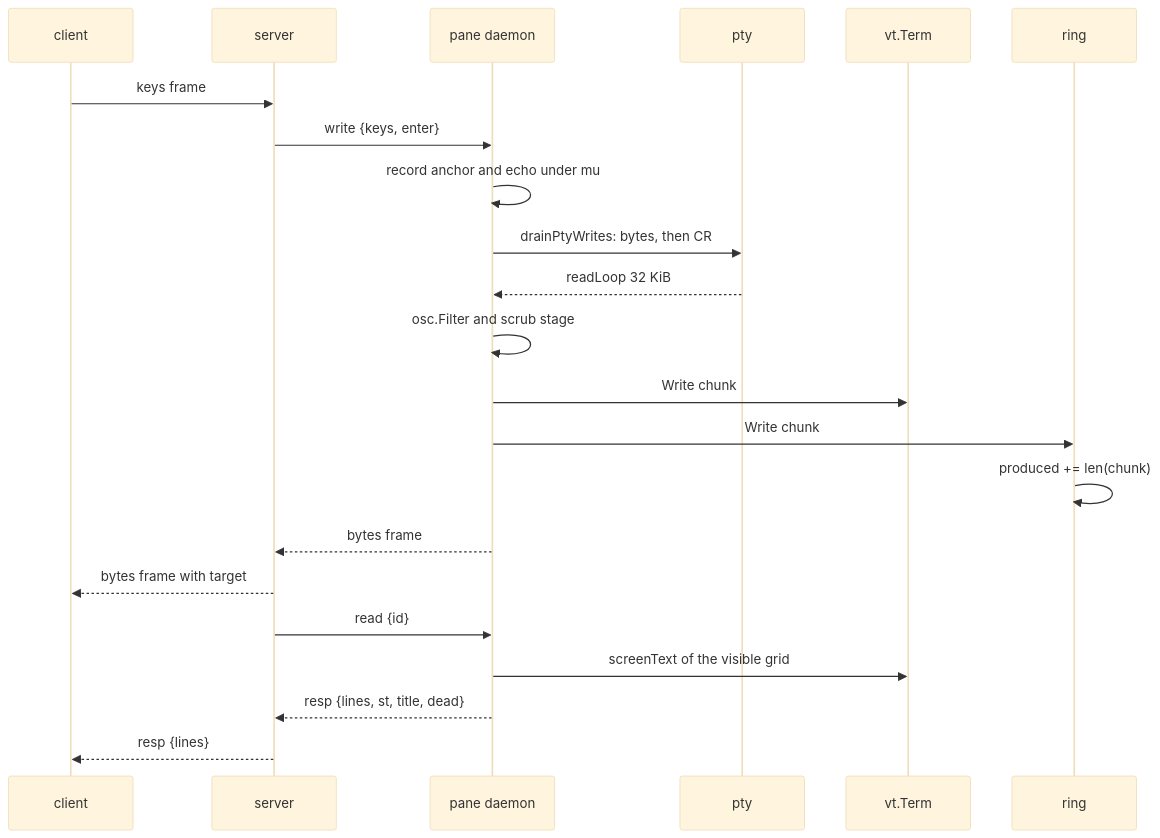
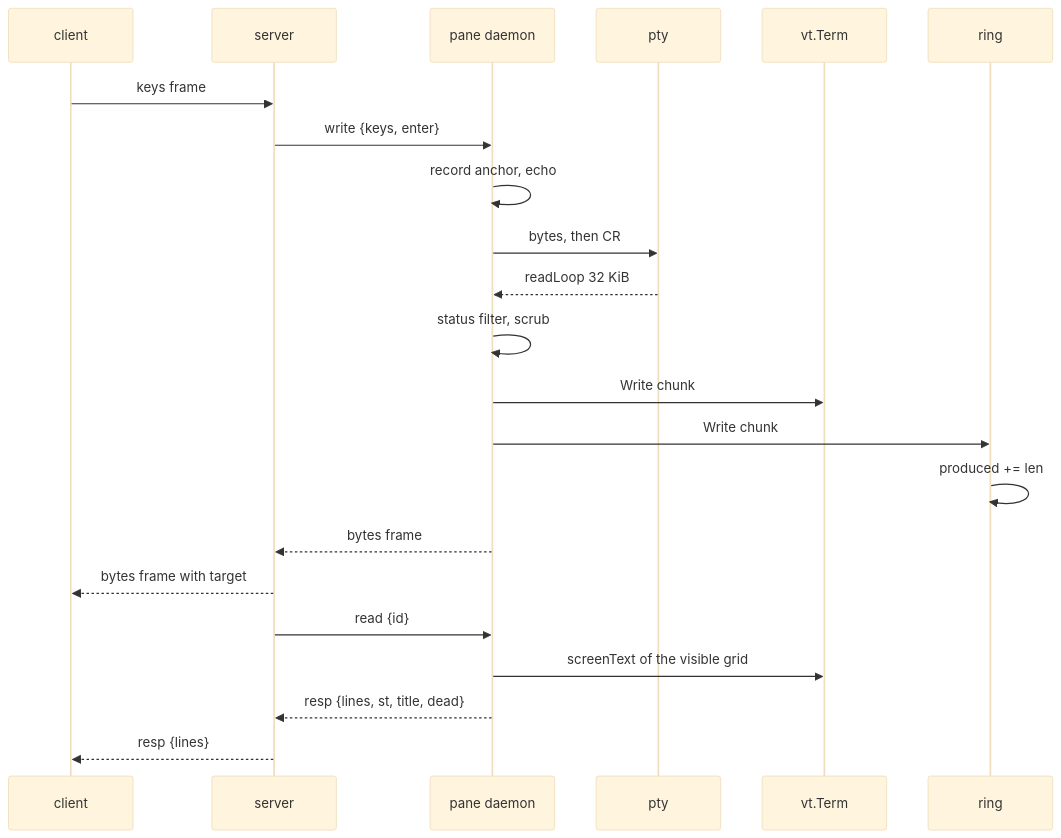
The diagram in docs/internals/05-pane.md (ladydascalie/dm), drawn with Mermaid (base theme) before and after one commit. The commit also changed 9 other files, not shown here.

First line of the commit message:
docs: make the internals diagrams legible at a page width

````diff
--- a/docs/internals/05-pane.md
+++ b/docs/internals/05-pane.md
@@ -113,24 +113,24 @@
 ```mermaid
 sequenceDiagram
     participant C as client
     participant S as server
     participant P as pane daemon
     participant T as pty
     participant V as vt.Term
     participant R as ring
     C->>S: keys frame
     S->>P: write {keys, enter}
-    P->>P: record anchor and echo under mu
-    P->>T: drainPtyWrites: bytes, then CR
+    P->>P: record anchor, echo
+    P->>T: bytes, then CR
     T-->>P: readLoop 32 KiB
-    P->>P: osc.Filter and scrub stage
+    P->>P: status filter, scrub
     P->>V: Write chunk
     P->>R: Write chunk
-    R->>R: produced += len(chunk)
+    R->>R: produced += len
     P-->>S: bytes frame
     S-->>C: bytes frame with target
     S->>P: read {id}
     P->>V: screenText of the visible grid
     P-->>S: resp {lines, st, title, dead}
     S-->>C: resp {lines}
 ```
````
